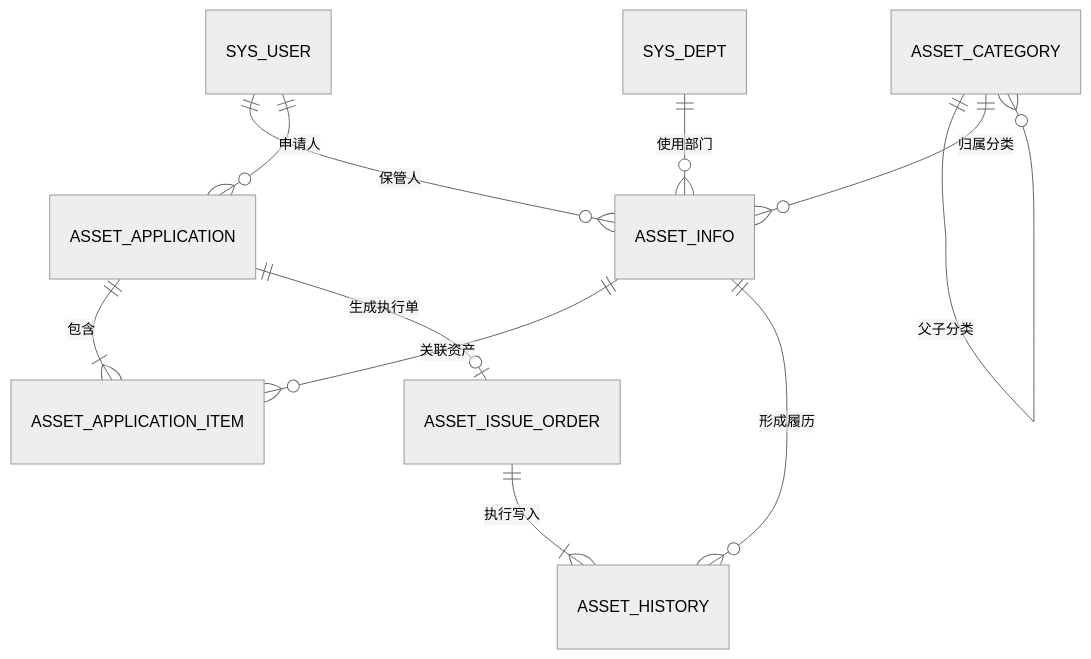
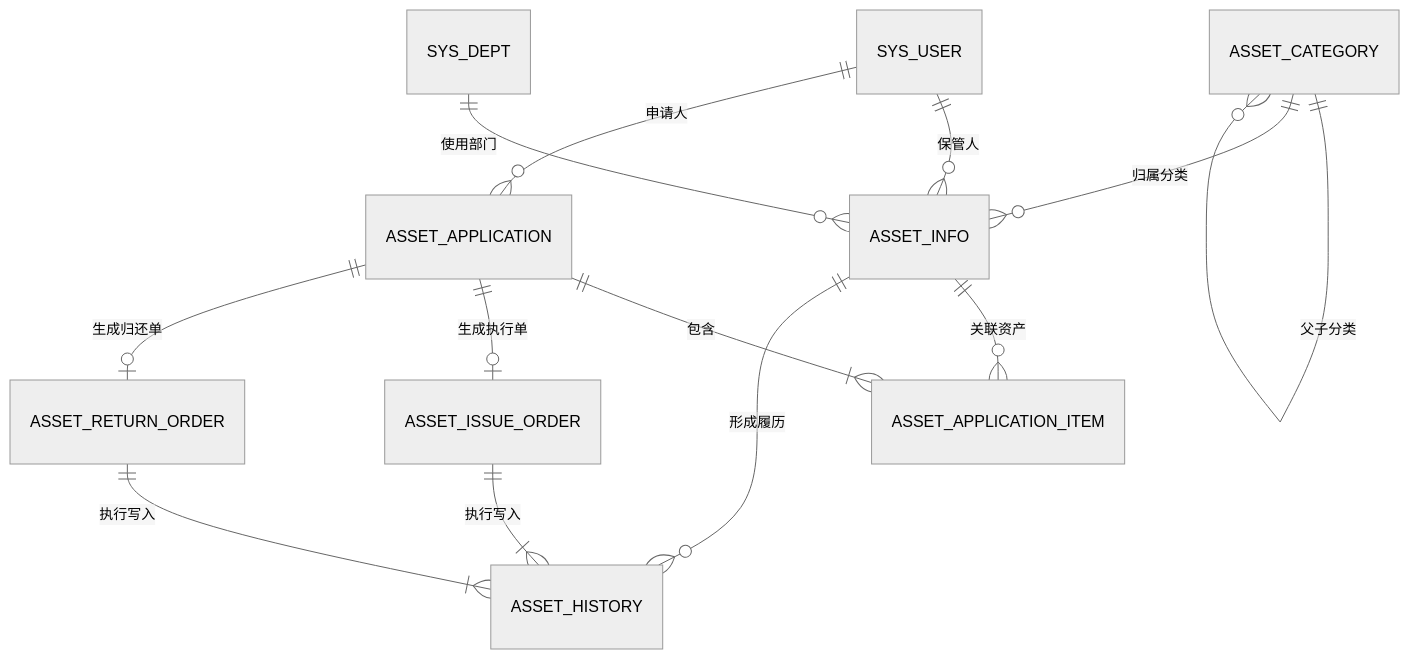
One commit to S7c7/enterprise-asset-lifecycle-platform changed the third of 3 diagrams in README.md. Above: the diagram before and after it, drawn with Mermaid (neutral theme). The commit also changed other lines of this file and 22 other files, not shown here.

Commit message:
feat: complete asset return execution workflow

````diff
--- a/README.md
+++ b/README.md
@@ -179,13 +181,15 @@
 ```mermaid
 erDiagram
     ASSET_CATEGORY ||--o{ ASSET_CATEGORY : 父子分类
     ASSET_CATEGORY ||--o{ ASSET_INFO : 归属分类
     ASSET_APPLICATION ||--|{ ASSET_APPLICATION_ITEM : 包含
     ASSET_INFO ||--o{ ASSET_APPLICATION_ITEM : 关联资产
     ASSET_APPLICATION ||--o| ASSET_ISSUE_ORDER : 生成执行单
+    ASSET_APPLICATION ||--o| ASSET_RETURN_ORDER : 生成归还单
     ASSET_ISSUE_ORDER ||--|{ ASSET_HISTORY : 执行写入
+    ASSET_RETURN_ORDER ||--|{ ASSET_HISTORY : 执行写入
     ASSET_INFO ||--o{ ASSET_HISTORY : 形成履历
     SYS_DEPT ||--o{ ASSET_INFO : 使用部门
     SYS_USER ||--o{ ASSET_INFO : 保管人
     SYS_USER ||--o{ ASSET_APPLICATION : 申请人
 ```
````
